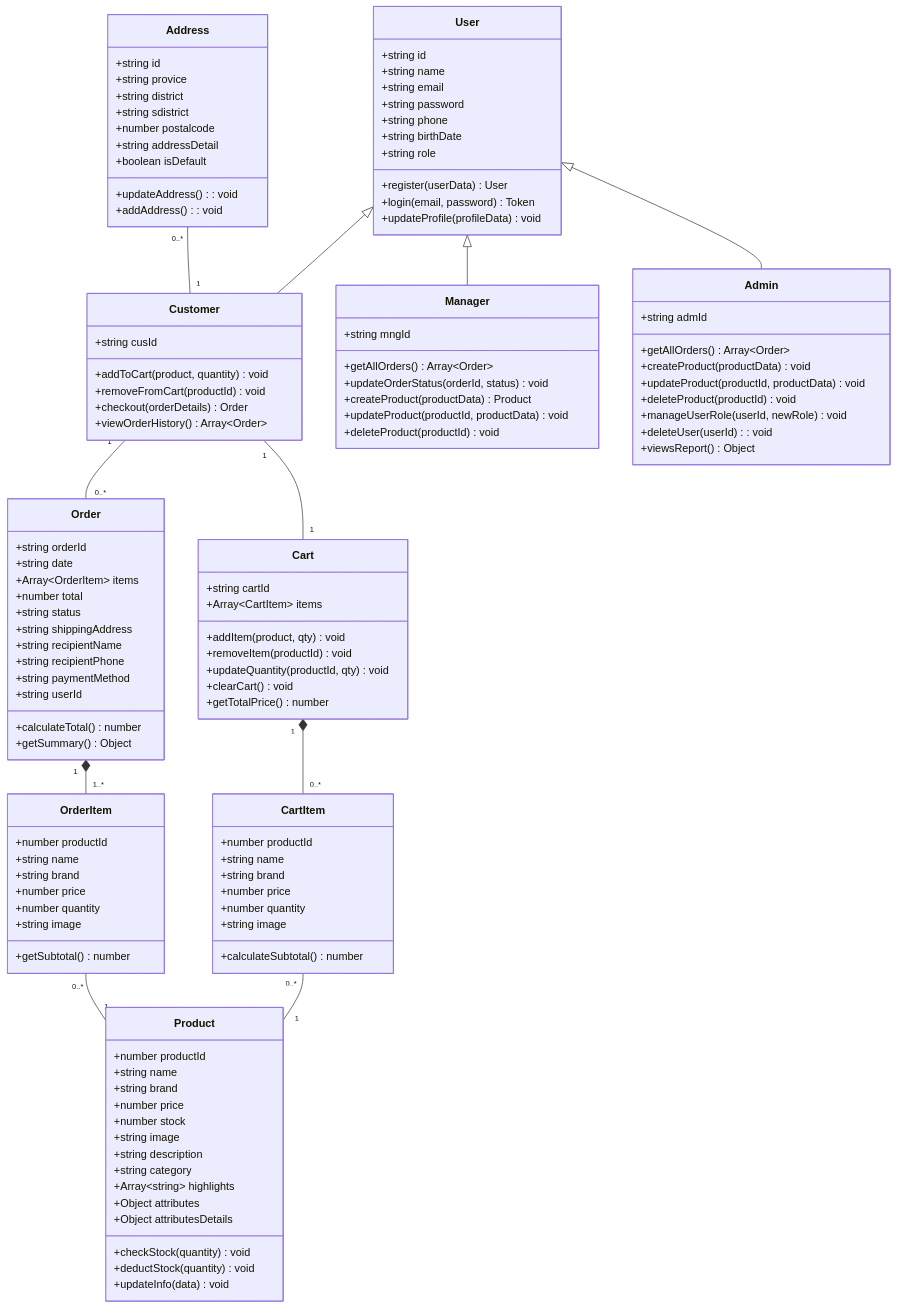
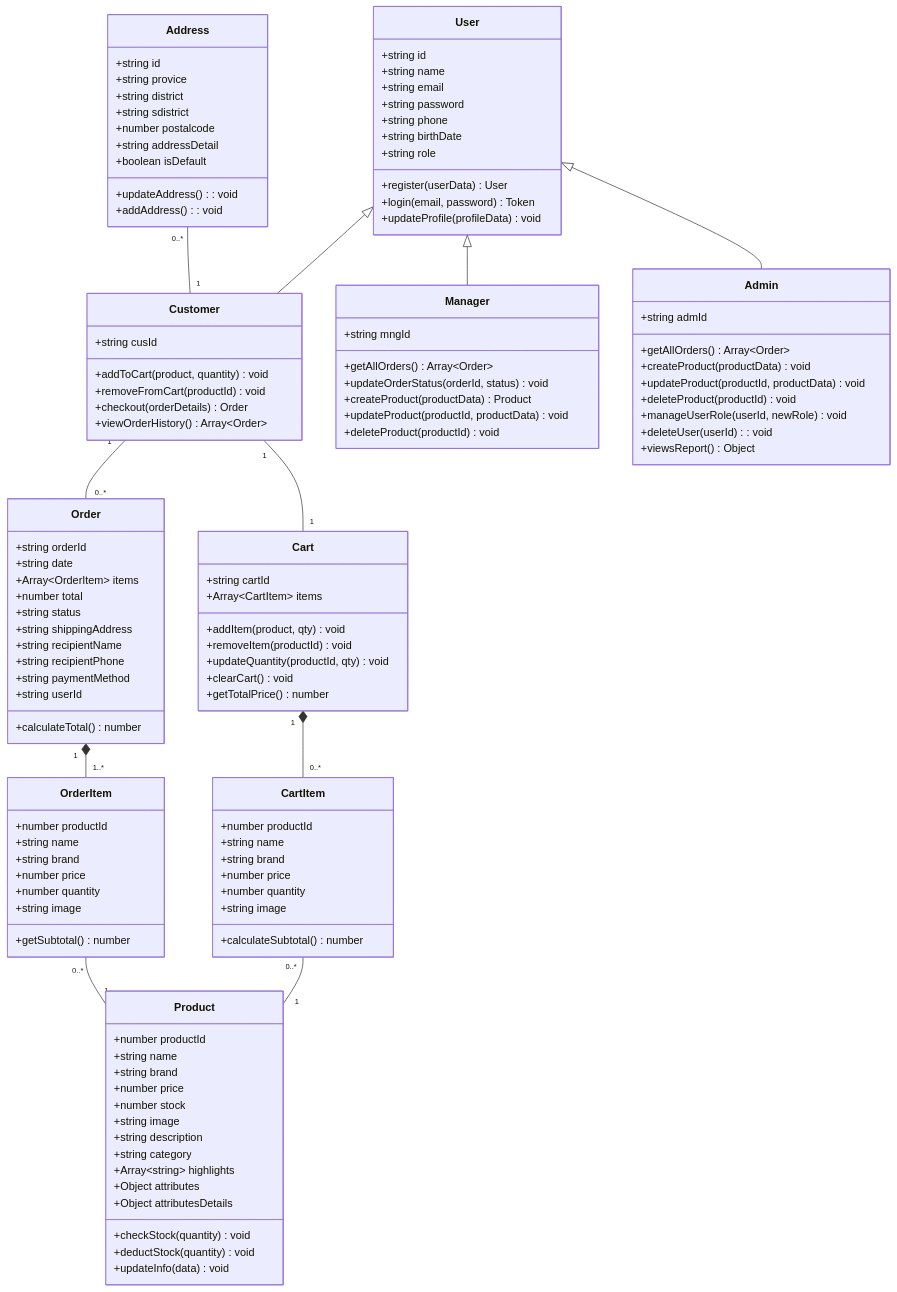
One commit to Supphanat-P/CSI204-I-Have-Computer changed the first of 3 diagrams in README.md. Above: the diagram before and after it, drawn with Mermaid.

```diff
--- a/README.md
+++ b/README.md
@@ -355,7 +355,6 @@
         +string paymentMethod
         +string userId
         +calculateTotal() number
-        +getSummary() Object
     }
 
     class OrderItem {
```
